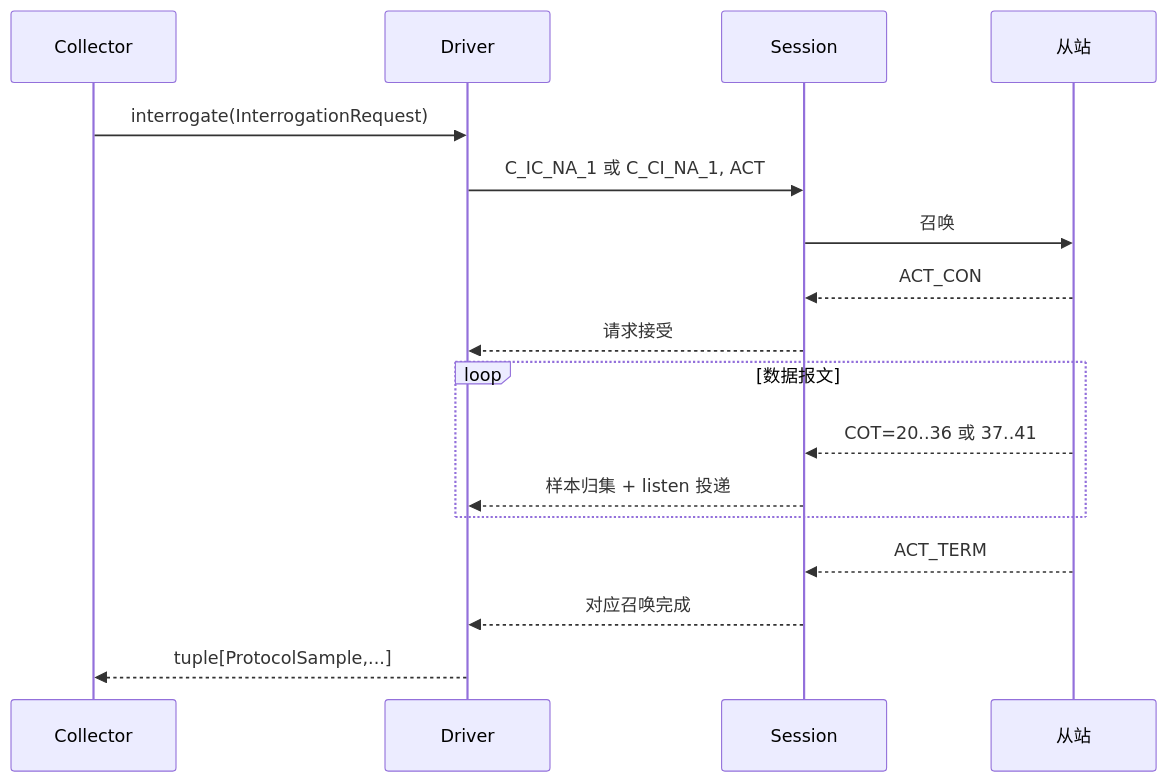
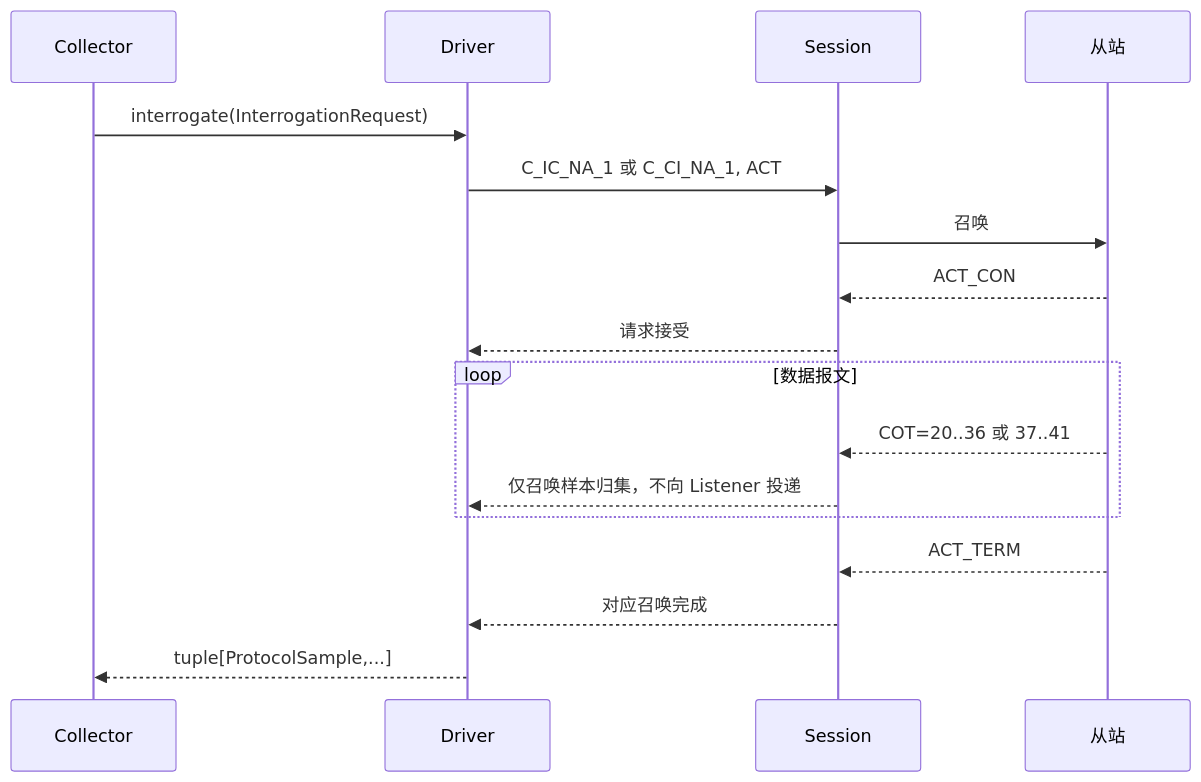
Diagram 18 of 26 in docs/IEC104_Adapter_完整技术设计_v0_6.md (luoshaozhuo/wind-hub), drawn with Mermaid before and after one commit. The commit also changed other lines of this file, not shown here.

Commit message:
docs(iec104): add end-to-end read write dispatch sequence and strict COT routing

````diff
--- a/docs/IEC104_Adapter_完整技术设计_v0_6.md
+++ b/docs/IEC104_Adapter_完整技术设计_v0_6.md
@@ -870,20 +971,20 @@
 ```mermaid
 %%{init: {"sequence": {"useMaxWidth": true}}}%%
 sequenceDiagram
   participant C as Collector
   participant D as Driver
   participant S as Session
   participant P as 从站
   C->>D: interrogate(InterrogationRequest)
   D->>S: C_IC_NA_1 或 C_CI_NA_1, ACT
   S->>P: 召唤
   P-->>S: ACT_CON
   S-->>D: 请求接受
   loop 数据报文
     P-->>S: COT=20..36 或 37..41
-    S-->>D: 样本归集 + listen 投递
+    S-->>D: 仅召唤样本归集，不向 Listener 投递
   end
   P-->>S: ACT_TERM
   S-->>D: 对应召唤完成
   D-->>C: tuple[ProtocolSample,...]
 ```
````
